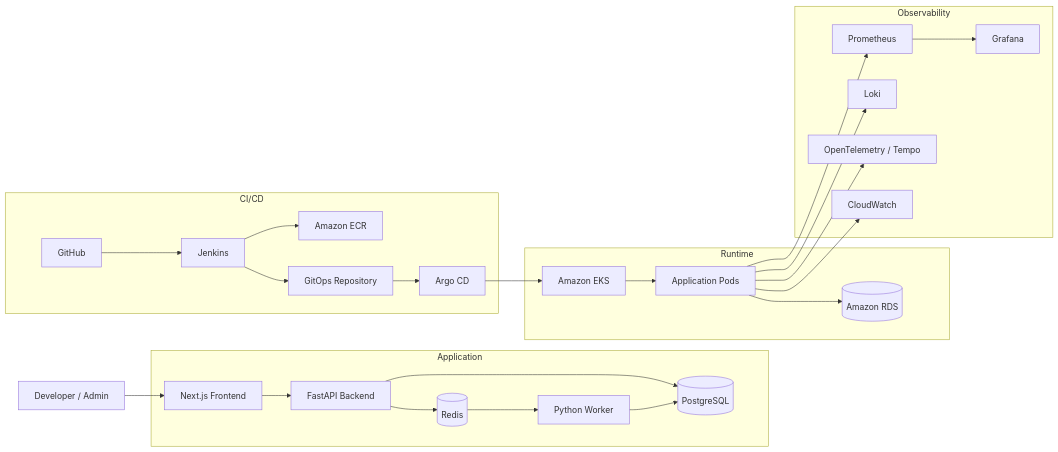
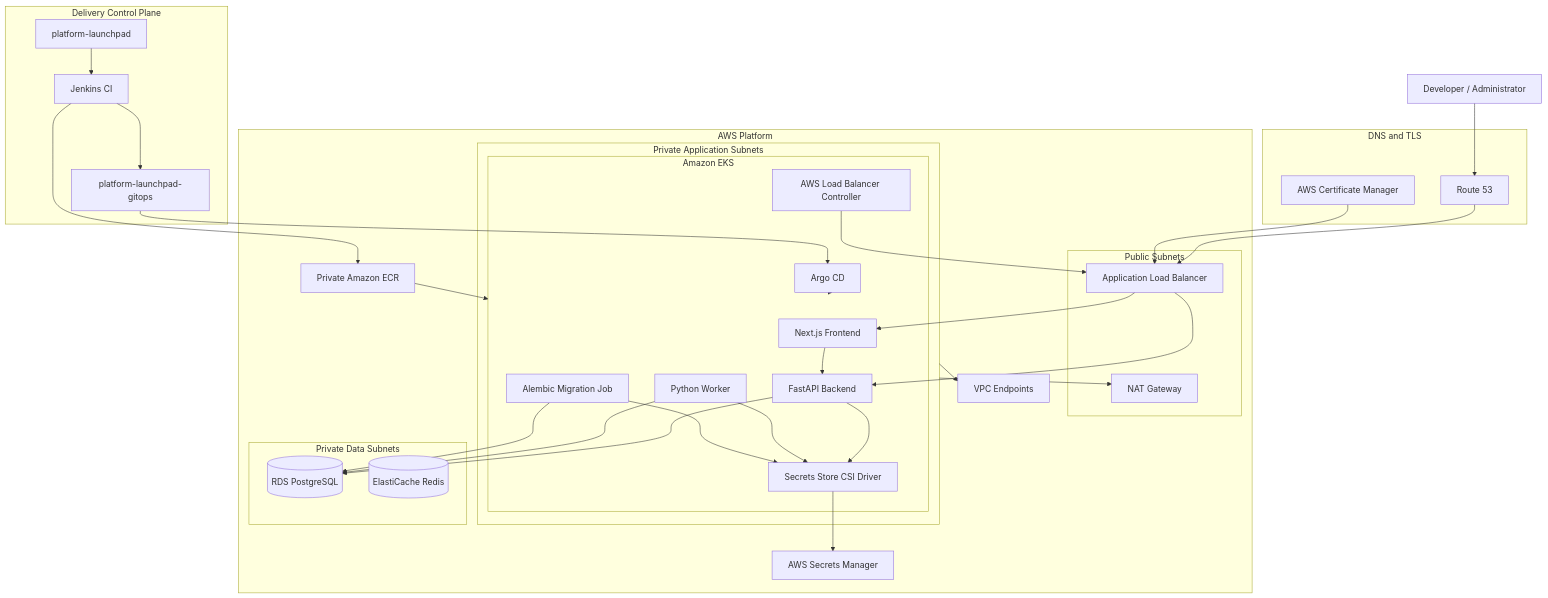
Before and after one commit to xtinead/platform-launchpad: the diagram in docs/architecture/system-architecture.md, drawn with Mermaid. The commit also changed other lines of this file and 24 other files, not shown here.

````diff
--- a/docs/architecture/system-architecture.md
+++ b/docs/architecture/system-architecture.md
@@ -15,57 +83,75 @@
 ```mermaid
-flowchart LR
-    USER[Developer / Admin]
+flowchart TB
+    USER[Developer / Administrator]
 
-    subgraph Application
-        WEB[Next.js Frontend]
-        API[FastAPI Backend]
-        WORKER[Python Worker]
-        DB[(PostgreSQL)]
-        REDIS[(Redis)]
+    subgraph DNS["DNS and TLS"]
+        R53[Route 53]
+        ACM[AWS Certificate Manager]
     end
 
-    subgraph CI/CD
-        GITHUB[GitHub]
-        JENKINS[Jenkins]
-        ECR[Amazon ECR]
-        GITOPS[GitOps Repository]
-        ARGO[Argo CD]
+    subgraph AWS["AWS Platform"]
+        subgraph PUBLIC["Public Subnets"]
+            ALB[Application Load Balancer]
+            NAT[NAT Gateway]
+        end
+
+        subgraph PRIVATE_APP["Private Application Subnets"]
+            subgraph EKS["Amazon EKS"]
+                FRONTEND[Next.js Frontend]
+                BACKEND[FastAPI Backend]
+                WORKER[Python Worker]
+                MIGRATION[Alembic Migration Job]
+                ARGO[Argo CD]
+                ALBC[AWS Load Balancer Controller]
+                CSI[Secrets Store CSI Driver]
+            end
+        end
+
+        subgraph PRIVATE_DATA["Private Data Subnets"]
+            RDS[(RDS PostgreSQL)]
+            REDIS[(ElastiCache Redis)]
+        end
+
+        SECRETS[AWS Secrets Manager]
+        ECR[Private Amazon ECR]
+        VPCENDPOINTS[VPC Endpoints]
     end
 
-    subgraph Runtime
-        EKS[Amazon EKS]
-        APP[Application Pods]
-        RDS[(Amazon RDS)]
+    subgraph DELIVERY["Delivery Control Plane"]
+        APPREPO[platform-launchpad]
+        JENKINS[Jenkins CI]
+        GITOPS[platform-launchpad-gitops]
     end
 
-    subgraph Observability
-        PROM[Prometheus]
-        GRAFANA[Grafana]
-        LOKI[Loki]
-        OTEL[OpenTelemetry / Tempo]
-        CW[CloudWatch]
-    end
+    USER --> R53
+    R53 --> ALB
+    ACM --> ALB
 
-    USER --> WEB
-    WEB --> API
-    API --> DB
-    API --> REDIS
-    REDIS --> WORKER
-    WORKER --> DB
+    ALB --> FRONTEND
+    ALB --> BACKEND
 
-    GITHUB --> JENKINS
+    FRONTEND --> BACKEND
+
+    BACKEND --> RDS
+    WORKER --> RDS
+    MIGRATION --> RDS
+
+    BACKEND --> CSI
+    WORKER --> CSI
+    MIGRATION --> CSI
+    CSI --> SECRETS
+
+    APPREPO --> JENKINS
     JENKINS --> ECR
     JENKINS --> GITOPS
+
     GITOPS --> ARGO
     ARGO --> EKS
 
-    EKS --> APP
-    APP --> RDS
+    ECR --> EKS
 
-    APP --> PROM
-    PROM --> GRAFANA
+    ALBC --> ALB
 
-    APP --> LOKI
-    APP --> OTEL
-    APP --> CW
+    PRIVATE_APP --> NAT
+    PRIVATE_APP --> VPCENDPOINTS
 ```
````
